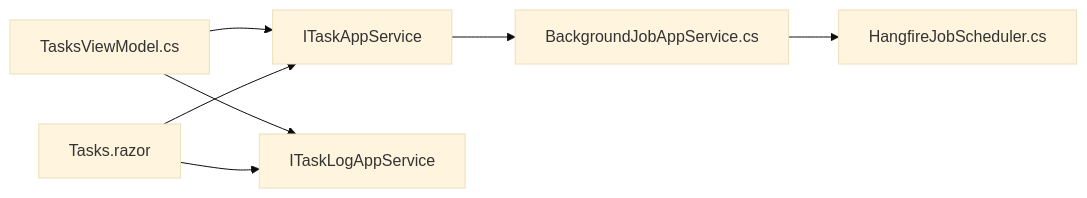
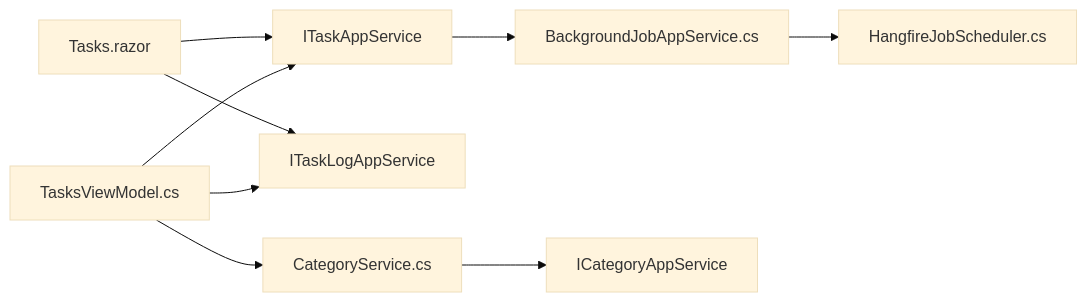
The fifth of 5 diagrams in .qoder/repowiki/zh/content/AI助手服务/桌面端应用/UI界面组件/任务界面组件.md (openlowcodelab/lowcode), drawn with Mermaid (base theme) before and after one commit. The commit also changed other lines of this file and 118 other files, not shown here.

````diff
--- a/.qoder/repowiki/zh/content/AI助手服务/桌面端应用/UI界面组件/任务界面组件.md
+++ b/.qoder/repowiki/zh/content/AI助手服务/桌面端应用/UI界面组件/任务界面组件.md
@@ -231,9 +267,11 @@
 ```mermaid
 graph LR
 VM["TasksViewModel.cs"] --> ITask["ITaskAppService"]
 VM --> ILog["ITaskLogAppService"]
+VM --> CS["CategoryService.cs"]
 WPage["Tasks.razor"] --> ITask
 WPage --> ILog
 ITask --> BgSvc["BackgroundJobAppService.cs"]
 BgSvc --> Scheduler["HangfireJobScheduler.cs"]
+CS --> ICategory["ICategoryAppService"]
 ```
````
